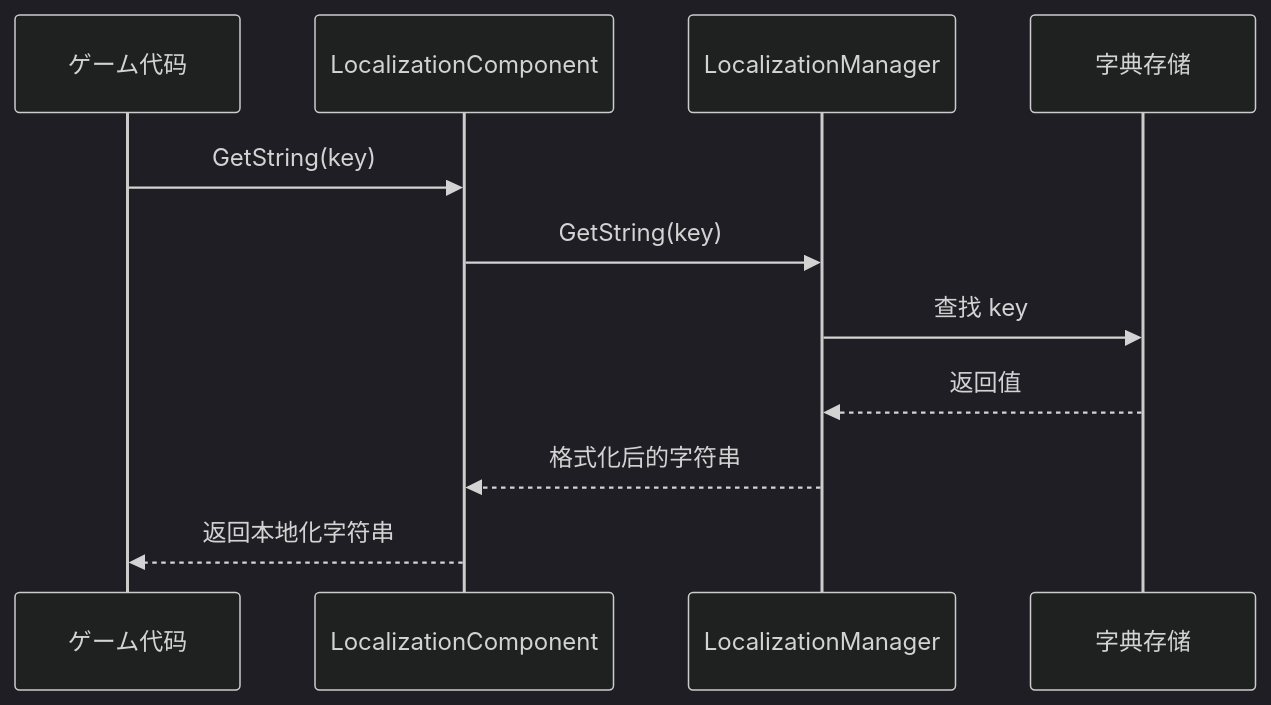
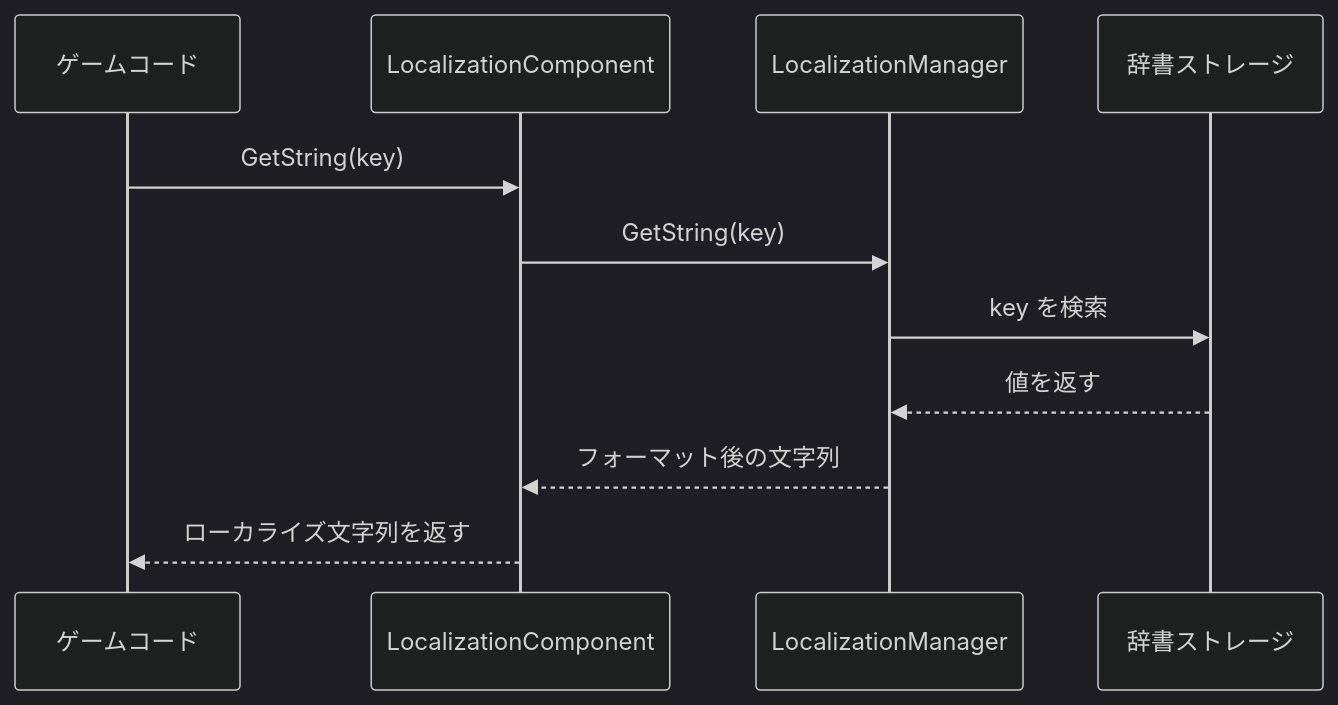
Before and after one commit to AlianBlank/GameFrameX.Docs: the second of 3 diagrams in docs/ja/client/unity/component/localization/03.getting-started.md, drawn with Mermaid (dark theme). The commit also changed other lines of this file and 320 other files, not shown here.

````diff
--- a/docs/ja/client/unity/component/localization/03.getting-started.md
+++ b/docs/ja/client/unity/component/localization/03.getting-started.md
@@ -48,14 +48,14 @@
 ```mermaid
 sequenceDiagram
-    participant GameCode as ゲーム代码
+    participant GameCode as ゲームコード
     participant LocComp as LocalizationComponent
     participant LocMgr as LocalizationManager
-    participant Dict as 字典存储
-    
+    participant Dict as 辞書ストレージ
+
     GameCode->>LocComp: GetString(key)
     LocComp->>LocMgr: GetString(key)
-    LocMgr->>Dict: 查找 key
-    Dict-->>LocMgr: 返回值
-    LocMgr-->>LocComp: 格式化后的字符串
-    LocComp-->>GameCode: 返回本地化字符串
+    LocMgr->>Dict: key を検索
+    Dict-->>LocMgr: 値を返す
+    LocMgr-->>LocComp: フォーマット後の文字列
+    LocComp-->>GameCode: ローカライズ文字列を返す
 ```
````
